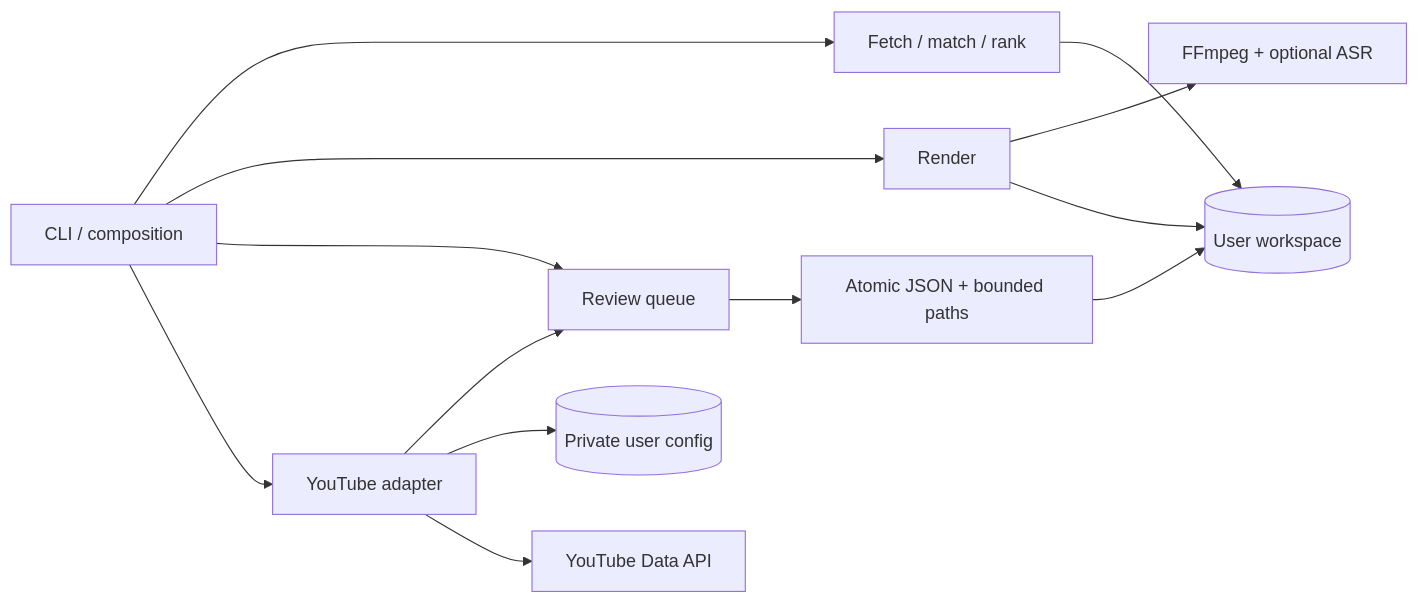
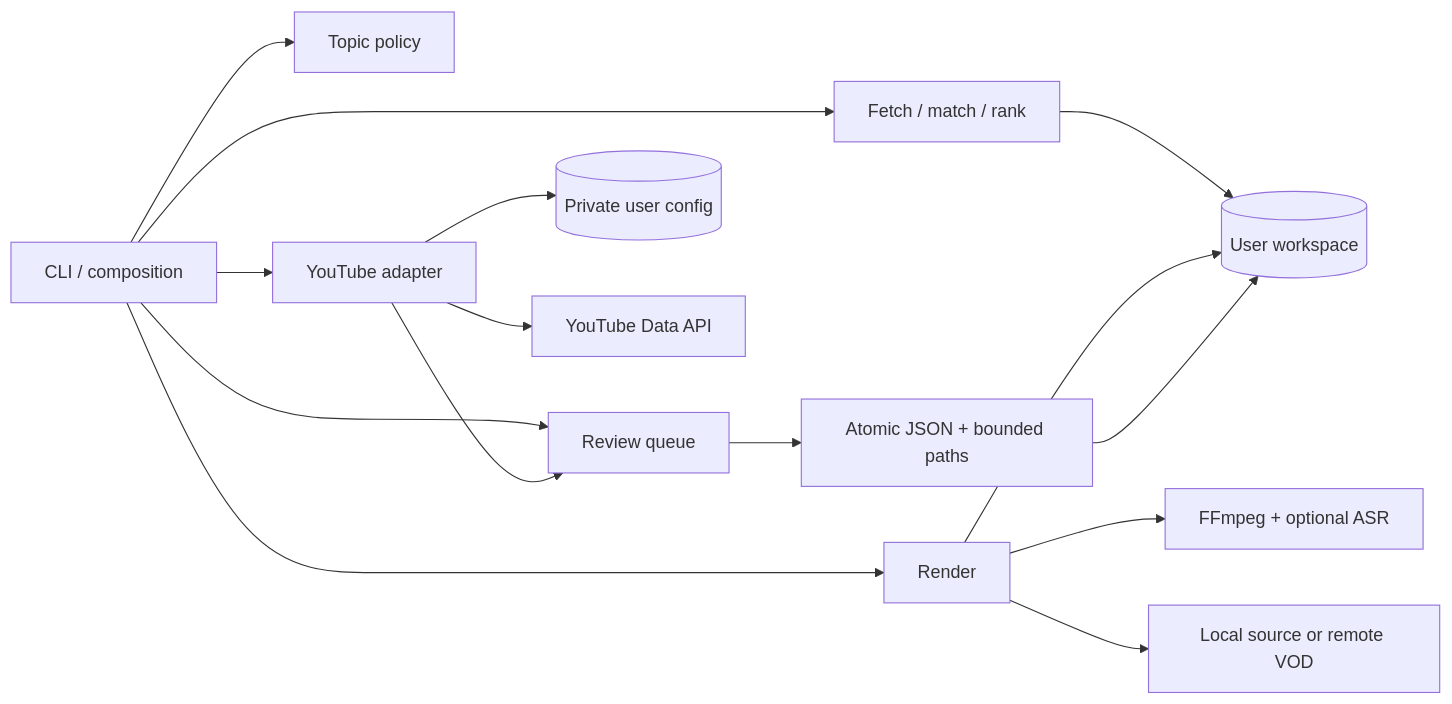
Before and after one commit to AndresGuido9820/zunara-studio: the diagram in docs/architecture.md, drawn with Mermaid. The commit also changed other lines of this file and 11 other files, not shown here.

````diff
--- a/docs/architecture.md
+++ b/docs/architecture.md
@@ -7,15 +7,17 @@
 ```mermaid
 flowchart LR
     CLI[CLI / composition] --> Analysis[Fetch / match / rank]
+    CLI --> Editorial[Topic policy]
     CLI --> Render[Render]
     CLI --> Queue[Review queue]
     CLI --> YouTube[YouTube adapter]
     Analysis --> Workspace[(User workspace)]
     Render --> FFmpeg[FFmpeg + optional ASR]
     Render --> Workspace
+    Render --> Local[Local source or remote VOD]
     Queue --> Storage[Atomic JSON + bounded paths]
     Storage --> Workspace
     YouTube --> Queue
     YouTube --> OAuth[(Private user config)]
     YouTube --> API[YouTube Data API]
 ```
````
